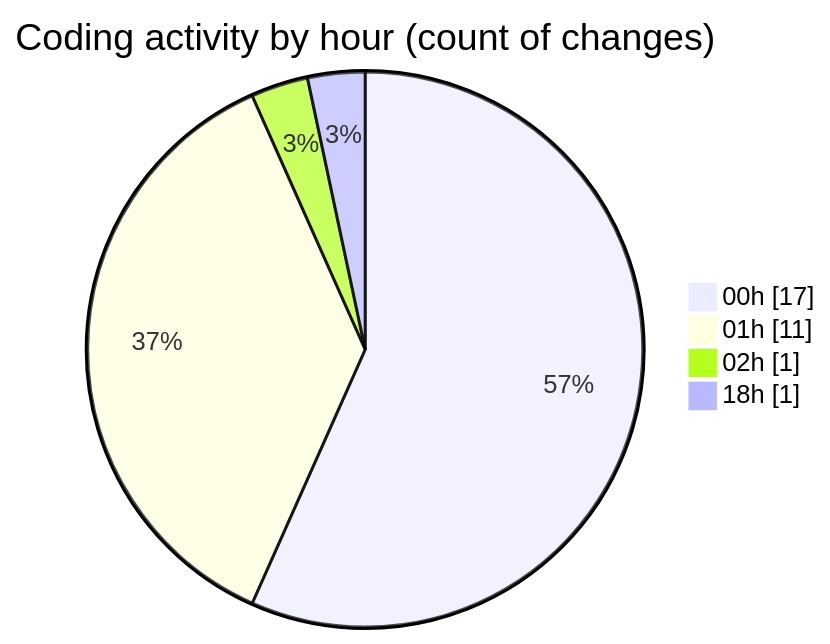
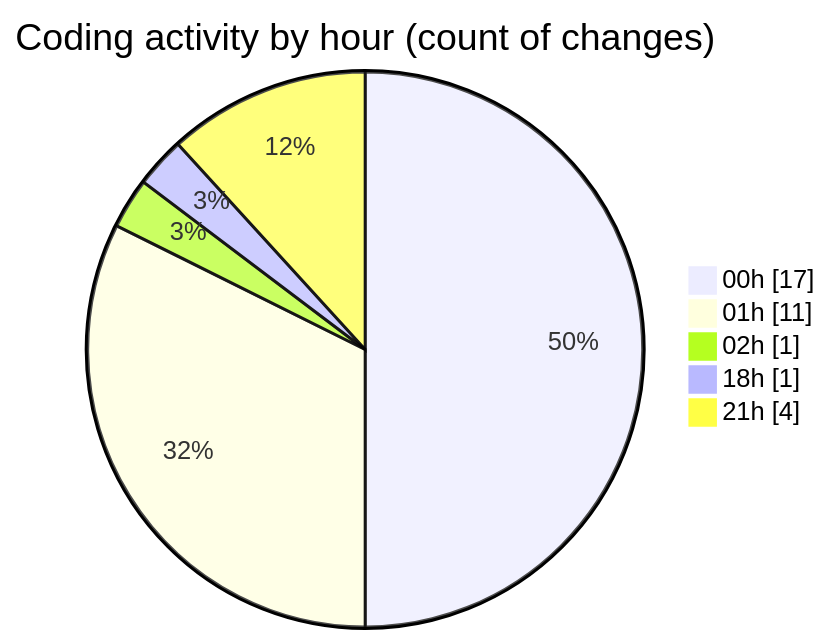
Before and after one commit to julien-gomy/code-tracking: the second of 2 diagrams in 2025-11-22/eventscop-api-guide__workspace_/README.md, drawn with Mermaid. The commit also changed other lines of this file and 1 other file, not shown here.

````diff
--- a/2025-11-22/eventscop-api-guide__workspace_/README.md
+++ b/2025-11-22/eventscop-api-guide__workspace_/README.md
@@ -39,8 +41,9 @@
 ```mermaid
 pie showData
 title Coding activity by hour (count of changes)
 "00h" : 17
 "01h" : 11
 "02h" : 1
 "18h" : 1
+"21h" : 4
 ```
````
